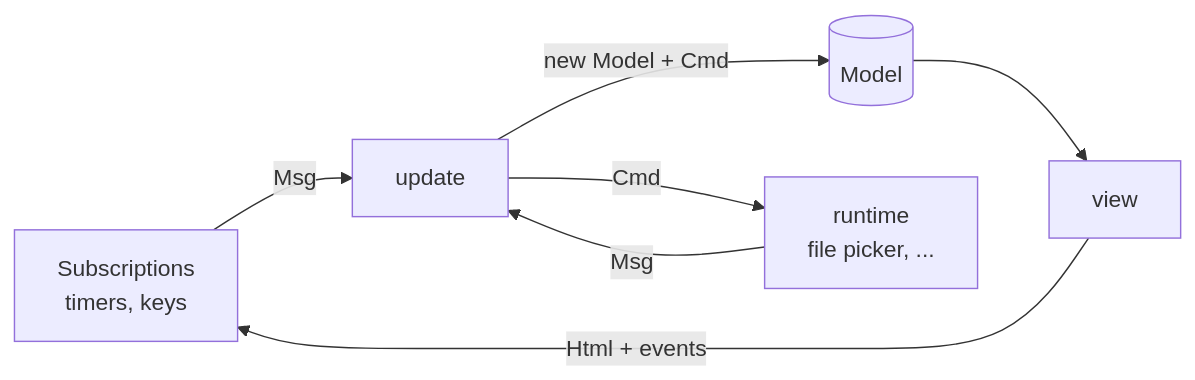
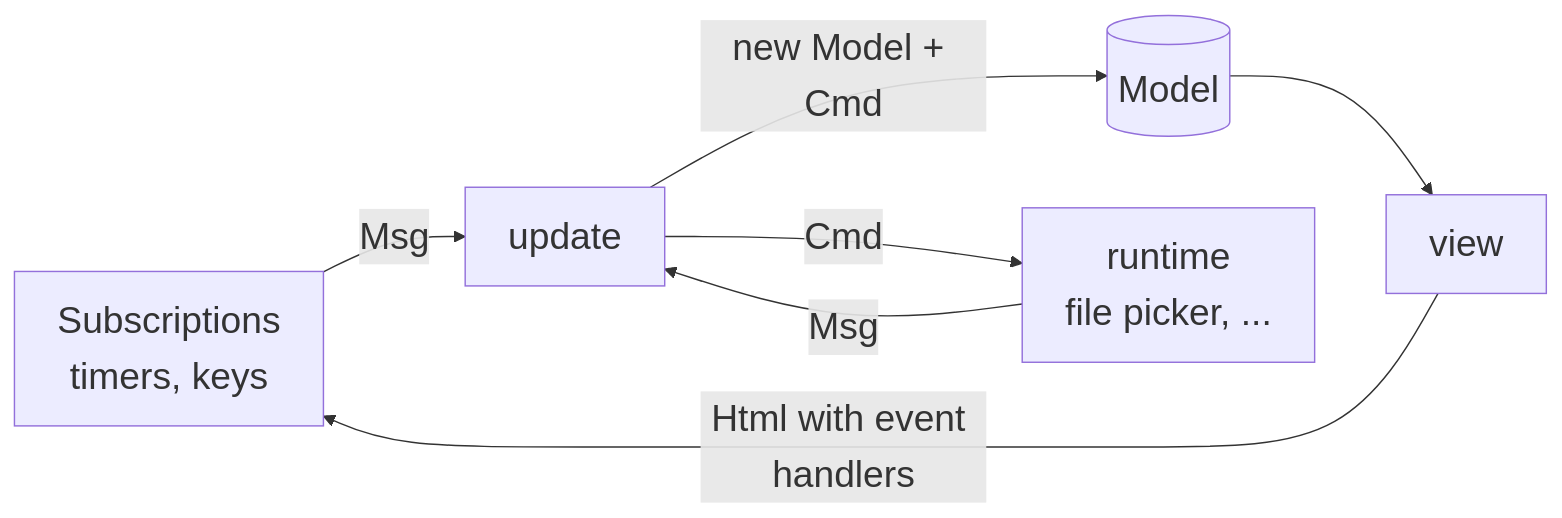
One commit to SamuelBucheliZ/elmulator changed the fifth of 11 diagrams in slides/slides.md. Above: the diagram before and after it, drawn with Mermaid. The commit also changed other lines of this file and 3 other files, not shown here.

First line of the commit message:
Slides: light theme, photo and diagrams, walk-through with code, reordered introductions

````diff
--- a/slides/slides.md
+++ b/slides/slides.md
@@ -550,9 +908,10 @@
 ```mermaid
+%%{init: {'themeVariables': {'fontSize': '26px'}}}%%
 flowchart LR
     S[Subscriptions<br/>timers, keys] -->|Msg| U[update]
     U -->|new Model + Cmd| M[(Model)]
     M --> V[view]
-    V -->|Html + events| S
+    V -->|Html with event handlers| S
     U -->|Cmd| R[runtime<br/>file picker, ...]
     R -->|Msg| U
 ```
````
